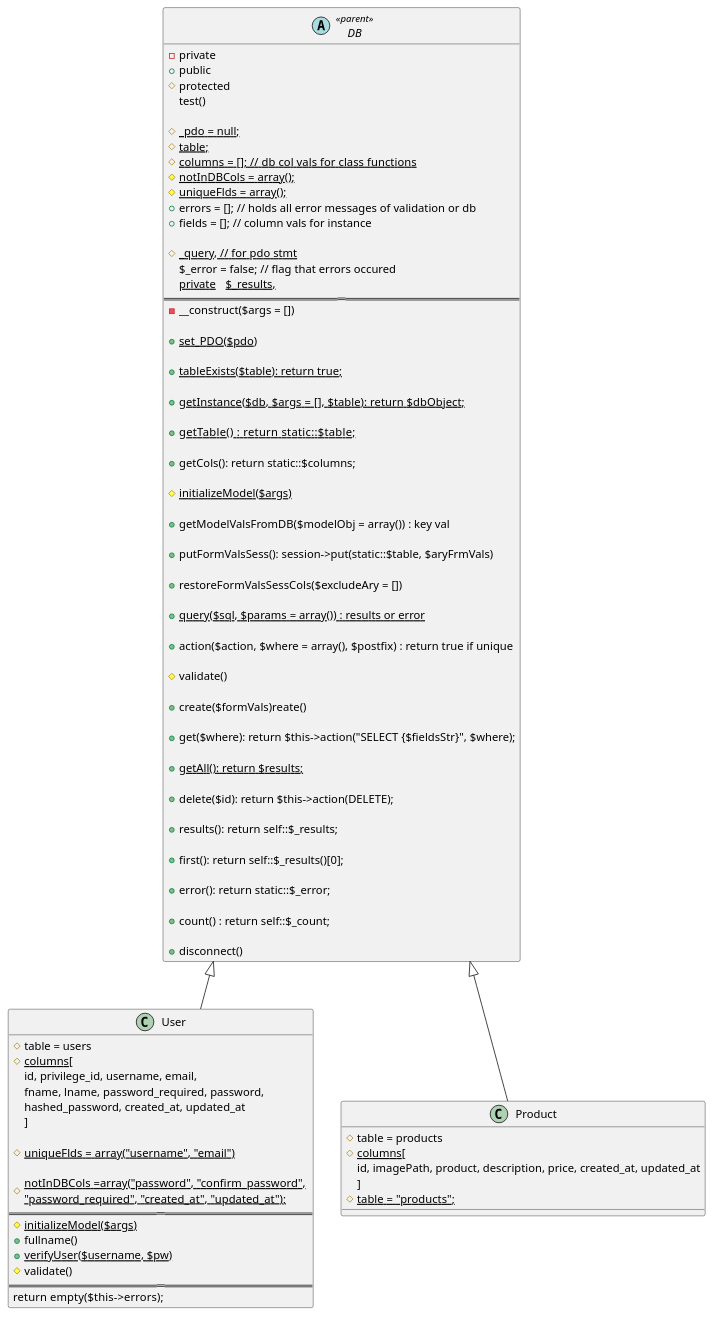
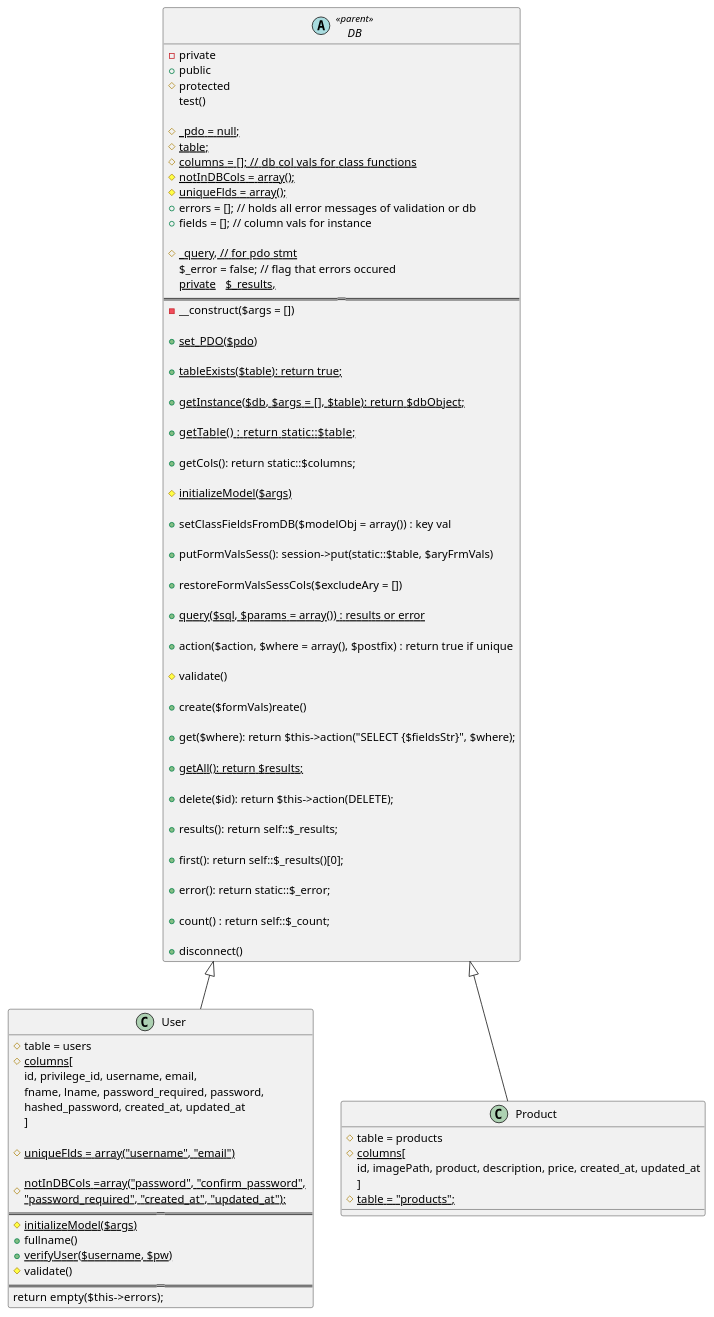
Before and after one commit to mbrick02/PHPMBBlog: the diagram in app/blogModels.pu, drawn with PlantUML. The commit also changed 3 other files, not shown here.

```diff
--- a/app/blogModels.pu
+++ b/app/blogModels.pu
@@ -1,96 +1,96 @@
 @startuml
 abstract class DB <<parent>>{
   -private
   +public
   #protected
   test()
 
   {static} #_pdo = null;
   {static} #table;
   {static} #columns = [];  // db col vals for class functions
   {static} #notInDBCols = array();
   {static} #uniqueFlds = array();
   +errors = []; // holds all error messages of validation or db
   +fields = []; // column vals for instance
 
   {static} #_query, // for pdo stmt
     $_error = false; // flag that errors occured
   {static} private	$_results,
   ================
   -__construct($args = [])
 
   {static} +set_PDO($pdo)
 
   {static} +tableExists($table): return true;
 
   {static} +getInstance($db, $args = [], $table):  return $dbObject;
 
   {static} +getTable() :    return static::$table;
 
   +getCols(): return static::$columns;
 
   {static} #initializeModel($args)
 
-  +getModelValsFromDB($modelObj = array()) : key val
+  +setClassFieldsFromDB($modelObj = array()) : key val
 
   +putFormValsSess(): session->put(static::$table, $aryFrmVals)
 
   +restoreFormValsSessCols($excludeAry = [])
 
   {static} +query($sql, $params = array()) : results or error
 
   +action($action, $where = array(), $postfix) : return true if unique
 
   #validate()
 
   +create($formVals)reate()
 
   +get($where): return $this->action("SELECT {$fieldsStr}", $where);
 
   {static} +getAll(): return $results;
 
   +delete($id): return $this->action(DELETE);
 
   +results(): return self::$_results;
 
   +first(): return self::$_results()[0];
 
   +error(): return static::$_error;
 
   +count() : return self::$_count;
 
   +disconnect()
 }
 DB <|-- User
 DB <|-- Product
 
 class User {
   #table = users
   {static} #columns[
   id, privilege_id, username, email,
   fname, lname, password_required, password,
   hashed_password, created_at, updated_at
   ]
 
   {field} {static} #uniqueFlds = array("username", "email")
 
   {field} {static} #notInDBCols =array("password", "confirm_password", \n"password_required", "created_at", "updated_at");
   =====================
   {static} #initializeModel($args)
   +fullname()
   {static} +verifyUser($username, $pw)
   #validate()
   =========
    return  empty($this->errors);
 }
 
 class Product {
   #table = products
   {static} #columns[
   id, imagePath, product, description, price, created_at, updated_at
   ]
   {static} #table = "products";
 
 }
 
 @enduml
```
